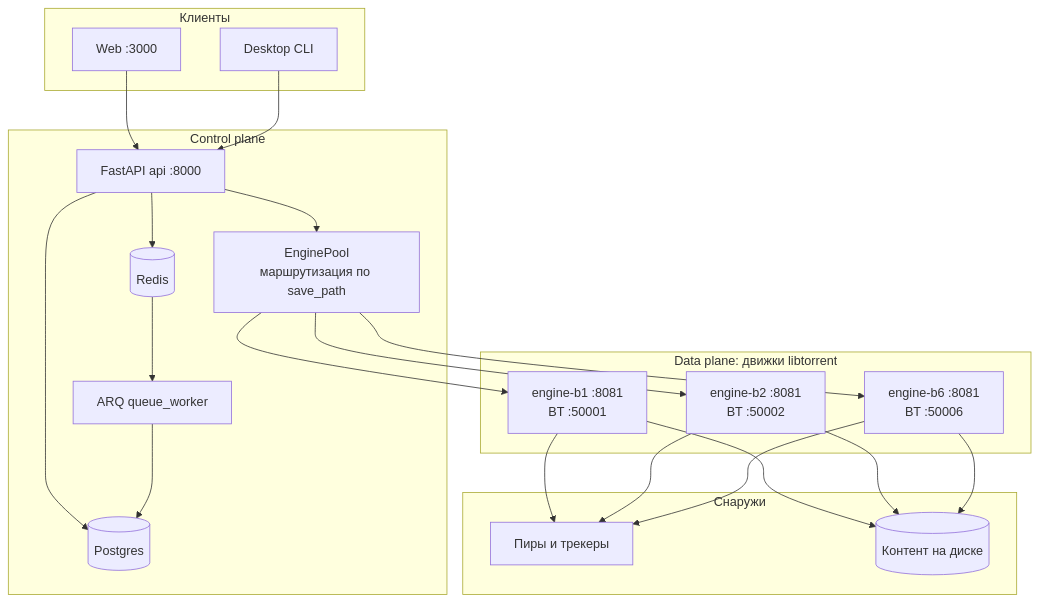
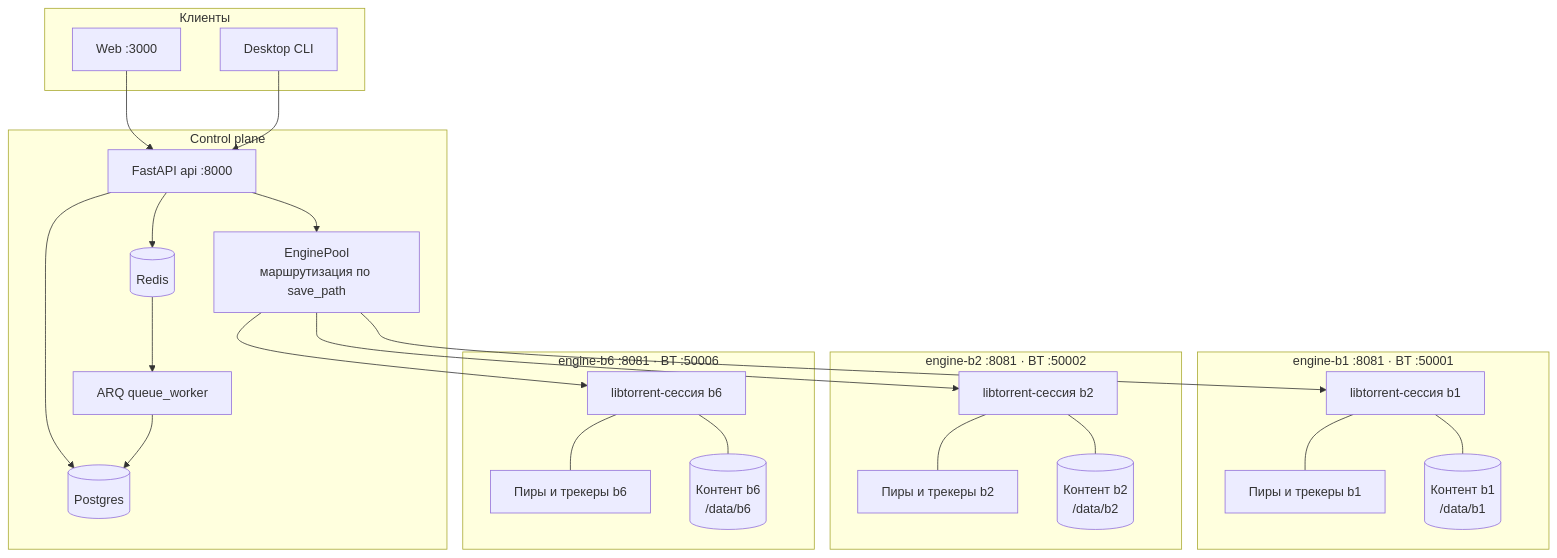
One commit to filyse/torrent-seeding-architecture changed the diagram in ARCHITECTURE.md. Above: the diagram before and after it, drawn with Mermaid. The commit also changed other lines of this file, not shown here.

Commit message:
docs: уточнить multi-engine диаграмму
Каждый движок — самостоятельный узел: своя libtorrent-сессия, свои
пиры/трекеры и собственное хранилище контента (/data/bX). Движки не
делят сессию и данные, общий только control plane.

````diff
--- a/ARCHITECTURE.md
+++ b/ARCHITECTURE.md
@@ -52,31 +52,41 @@
 ```mermaid
 flowchart TB
   subgraph clients [Клиенты]
     Web[Web :3000]
     Desk[Desktop CLI]
   end
   subgraph control [Control plane]
     API[FastAPI api :8000]
     POOL[EnginePool<br/>маршрутизация по save_path]
     DB[(Postgres)]
     R[(Redis)]
     Q[ARQ queue_worker]
   end
-  subgraph engines [Data plane: движки libtorrent]
-    E1[engine-b1 :8081<br/>BT :50001]
-    E2[engine-b2 :8081<br/>BT :50002]
-    E6[engine-b6 :8081<br/>BT :50006]
+  subgraph eng1 [engine-b1 :8081 · BT :50001]
+    E1[libtorrent-сессия b1]
+    P1[Пиры и трекеры b1]
+    F1[(Контент b1<br/>/data/b1)]
+    E1 --- P1
+    E1 --- F1
   end
-  subgraph ext [Снаружи]
-    Peers[Пиры и трекеры]
-    Files[(Контент на диске)]
+  subgraph eng2 [engine-b2 :8081 · BT :50002]
+    E2[libtorrent-сессия b2]
+    P2[Пиры и трекеры b2]
+    F2[(Контент b2<br/>/data/b2)]
+    E2 --- P2
+    E2 --- F2
+  end
+  subgraph eng6 [engine-b6 :8081 · BT :50006]
+    E6[libtorrent-сессия b6]
+    P6[Пиры и трекеры b6]
+    F6[(Контент b6<br/>/data/b6)]
+    E6 --- P6
+    E6 --- F6
   end
   Web --> API
   Desk --> API
   API --> POOL
   API --> DB
   API --> R --> Q --> DB
   POOL --> E1 & E2 & E6
-  E1 & E2 & E6 --> Peers
-  E1 & E2 & E6 --> Files
 ```
````
